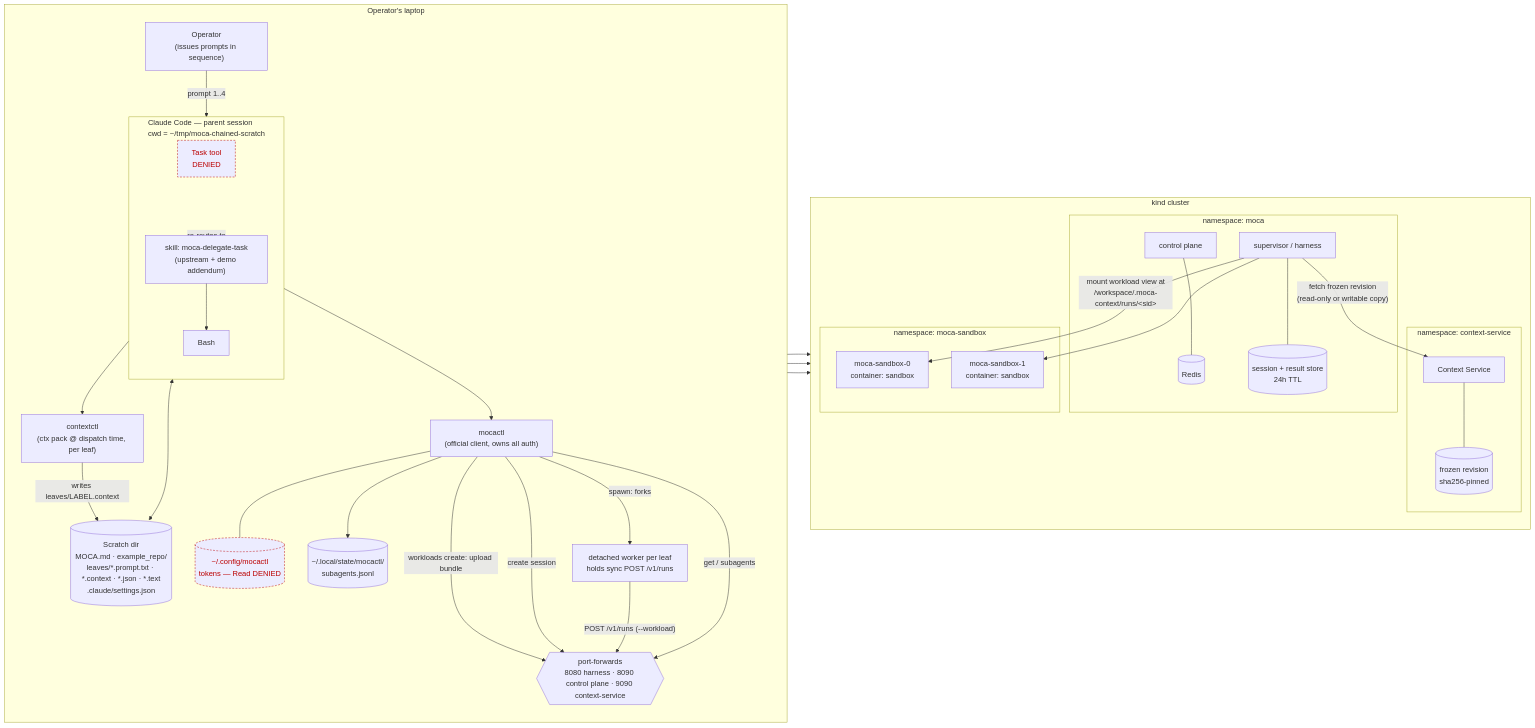
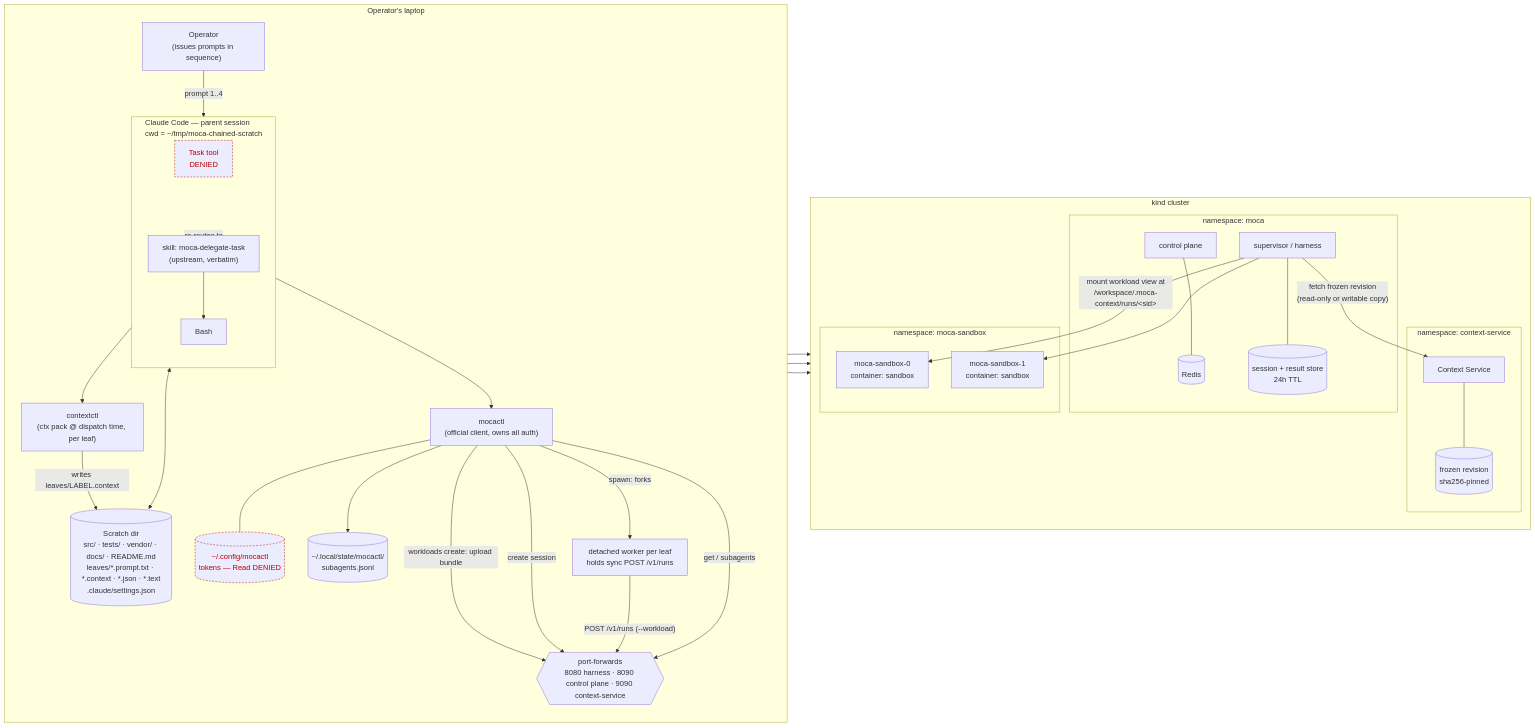
One commit to maia-iyer/kagenti-demos changed the first of 2 diagrams in sandboxing/moca_chained_subagents/ARCHITECTURE.md. Above: the diagram before and after it, drawn with Mermaid. The commit also changed other lines of this file and 4 other files, not shown here.

Commit message:
completely migrate to upstream skill

````diff
--- a/sandboxing/moca_chained_subagents/ARCHITECTURE.md
+++ b/sandboxing/moca_chained_subagents/ARCHITECTURE.md
@@ -10,64 +10,64 @@
 ```mermaid
 flowchart LR
   subgraph laptop["Operator's laptop"]
     direction TB
     OP["Operator<br/>(issues prompts in sequence)"]
     subgraph cc["Claude Code — parent session<br/>cwd = ~/tmp/moca-chained-scratch"]
       direction TB
       TASK["Task tool<br/>DENIED"]:::denied
-      SKILL["skill: moca-delegate-task<br/>(upstream + demo addendum)"]
+      SKILL["skill: moca-delegate-task<br/>(upstream, verbatim)"]
       BASH["Bash"]
     end
-    SCRATCH[("Scratch dir<br/>MOCA.md · example_repo/<br/>leaves/*.prompt.txt · *.context · *.json · *.text<br/>.claude/settings.json")]
+    SCRATCH[("Scratch dir<br/>src/ · tests/ · vendor/ · docs/ · README.md<br/>leaves/*.prompt.txt · *.context · *.json · *.text<br/>.claude/settings.json")]
     MOCACTL["mocactl<br/>(official client, owns all auth)"]
     CTXCTL["contextctl<br/>(ctx pack @ dispatch time, per leaf)"]
     LEDGER[("~/.local/state/mocactl/<br/>subagents.jsonl")]
     WORKER["detached worker per leaf<br/>holds sync POST /v1/runs"]
     AUTH[("~/.config/mocactl<br/>tokens — Read DENIED")]:::denied
     PF{{"port-forwards<br/>8080 harness · 8090 control plane · 9090 context-service"}}
   end
 
   subgraph cluster["kind cluster"]
     direction TB
     subgraph nsmoca["namespace: moca"]
       CP["control plane"]
       SUP["supervisor / harness"]
       REDIS[("Redis")]
       RESULTS[("session + result store<br/>24h TTL")]
     end
     subgraph nsctx["namespace: context-service"]
       CS["Context Service"]
       REV[("frozen revision<br/>sha256-pinned")]
     end
     subgraph nssb["namespace: moca-sandbox"]
       POD0["moca-sandbox-0<br/>container: sandbox"]
       POD1["moca-sandbox-1<br/>container: sandbox"]
     end
   end
 
   OP -->|"prompt 1..4"| cc
   cc -.->|"re-routes to"| SKILL
   SKILL --> BASH
   BASH --> MOCACTL
   BASH --> CTXCTL
   CTXCTL -->|"writes leaves/LABEL.context"| SCRATCH
   cc <--> SCRATCH
   MOCACTL --- AUTH
   MOCACTL --> LEDGER
   MOCACTL -->|"workloads create: upload bundle"| PF
   MOCACTL -->|"spawn: forks"| WORKER
   MOCACTL -->|"create session"| PF
   WORKER -->|"POST /v1/runs (--workload)"| PF
   MOCACTL -->|"get / subagents"| PF
   PF --> CP
   PF --> SUP
   PF --> CS
   CP --- REDIS
   SUP --- RESULTS
   CS --- REV
   SUP -->|"fetch frozen revision<br/>(read-only or writable copy)"| CS
   SUP -->|"mount workload view at<br/>/workspace/.moca-context/runs/&lt;sid&gt;"| POD0
   SUP --> POD1
 
   classDef denied stroke-dasharray: 4 3,color:#b00,stroke:#b00
 ```
````
